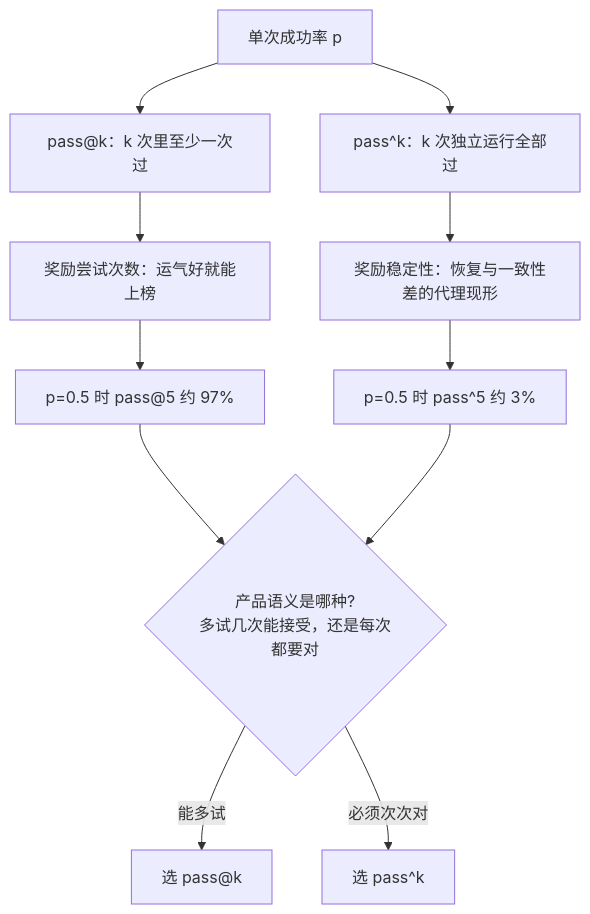
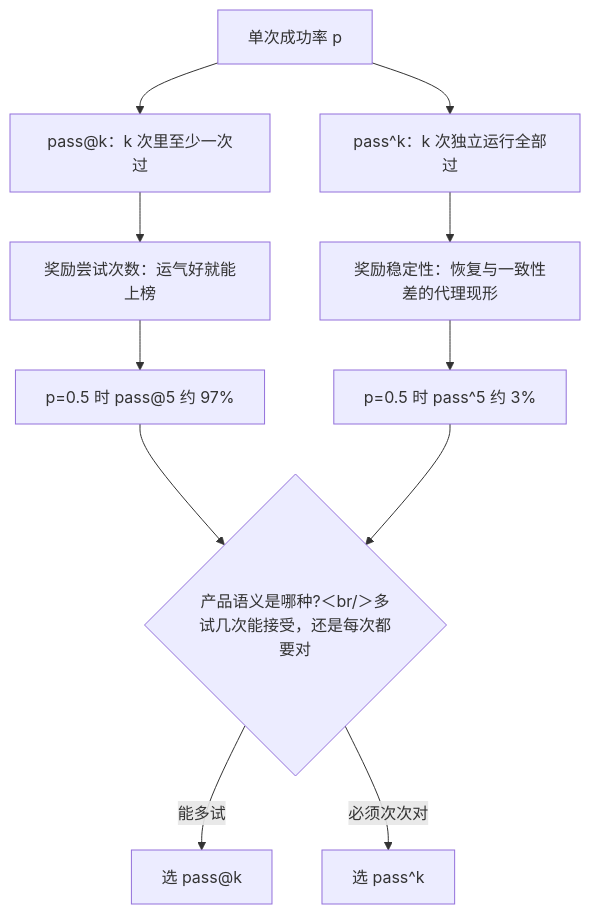
Before and after one commit to xhongduo-tech/xhongduo-tech.github.io: the second of 2 diagrams in docs/llm/agent-eval-success-process.md, drawn with Mermaid. The commit also changed 291 other files, not shown here.

Commit message:
Normalize lesson titles to tree names and repair mermaid arrow/quote syntax site-wide.

````diff
--- a/docs/llm/agent-eval-success-process.md
+++ b/docs/llm/agent-eval-success-process.md
@@ -42,13 +42,13 @@
 ```mermaid
 flowchart TD
   P["单次成功率 p"] --> A["pass@k：k 次里至少一次过"]
   P --> B["pass^k：k 次独立运行全部过"]
   A --> A2["奖励尝试次数：运气好就能上榜"]
   B --> B2["奖励稳定性：恢复与一致性差的代理现形"]
   A2 --> A3["p=0.5 时 pass@5 约 97%"]
   B2 --> B3["p=0.5 时 pass^5 约 3%"]
-  A3 --> Q{"产品语义是哪种?<br/>多试几次能接受，还是每次都要对"}
+  A3 --> Q{"产品语义是哪种?＜br/＞多试几次能接受，还是每次都要对"}
   B3 --> Q
   Q -->|"能多试"| PICKA["选 pass@k"]
   Q -->|"必须次次对"| PICKB["选 pass^k"]
 ```
````
